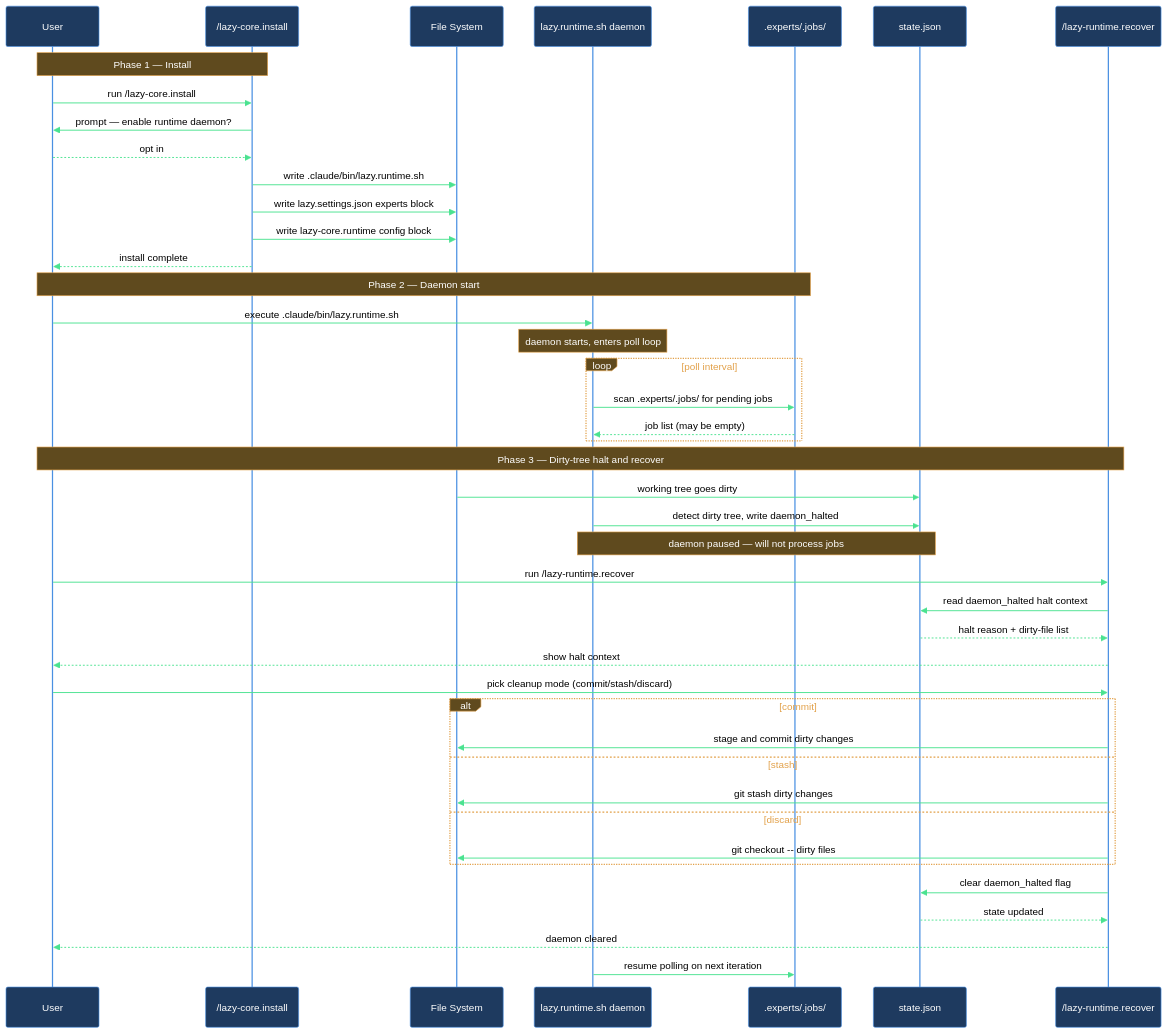
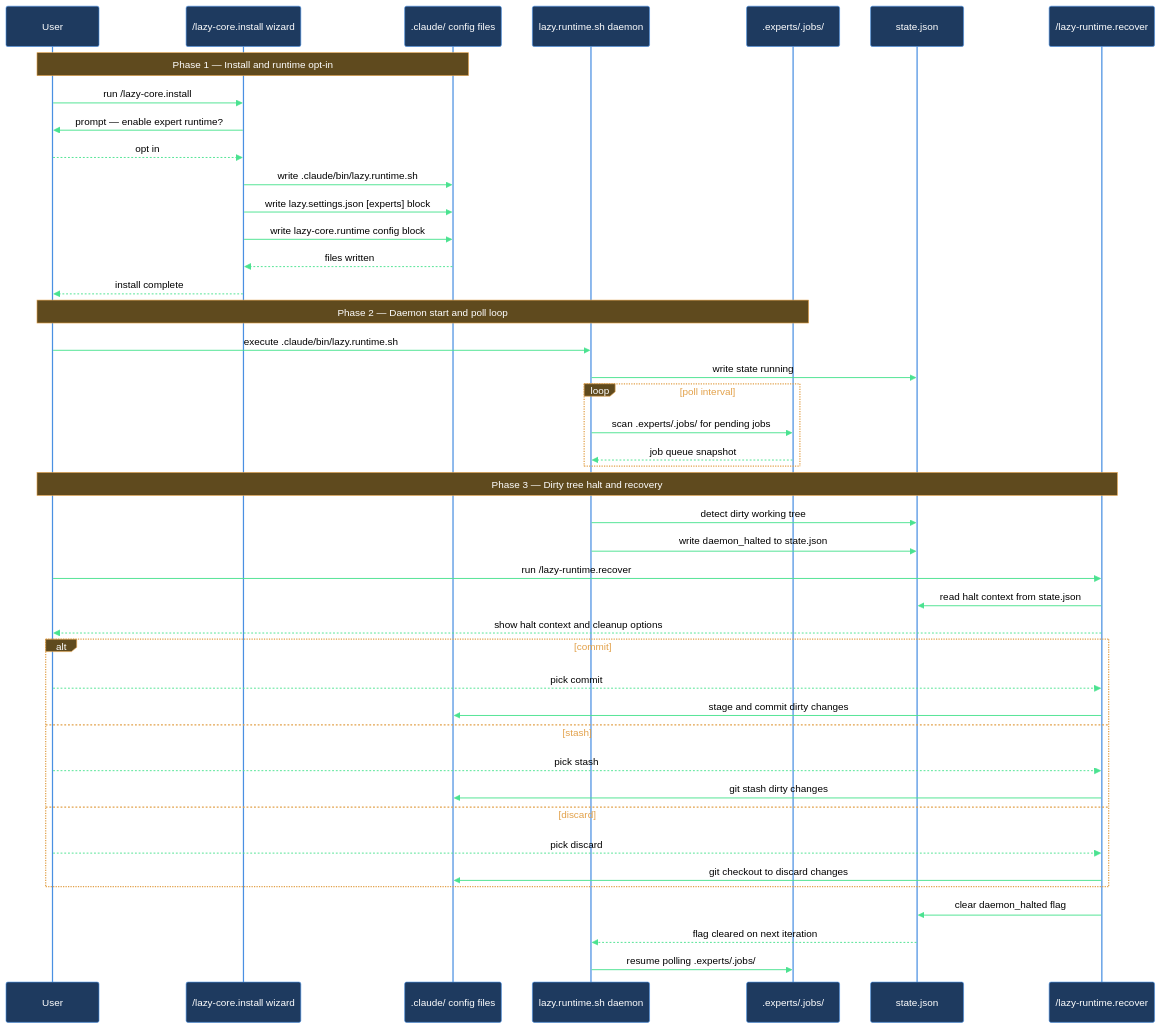
Before and after one commit to mebius-san/lazy-cortex: the diagram in claude/lazycortex-core/help/walkthroughs/setup-runtime.md, drawn with Mermaid. The commit also changed other lines of this file and 45 other files, not shown here.

````diff
--- a/claude/lazycortex-core/help/walkthroughs/setup-runtime.md
+++ b/claude/lazycortex-core/help/walkthroughs/setup-runtime.md
@@ -115,53 +113,49 @@
 ```mermaid
 %%{init: {'themeVariables':{'background':'transparent','primaryColor':'#1e3a5f','primaryBorderColor':'#4a90e2','primaryTextColor':'#fff','lineColor':'#4ae290','actorBkg':'#1e3a5f','actorBorder':'#4a90e2','actorTextColor':'#fff','actorLineColor':'#4a90e2','signalColor':'#4ae290','signalTextColor':'#000','noteBkgColor':'#5f4a1e','noteBorderColor':'#e2a14a','noteTextColor':'#fff','labelBoxBkgColor':'#5f4a1e','labelBoxBorderColor':'#e2a14a','labelTextColor':'#fff','loopTextColor':'#e2a14a'},'sequence':{'diagramPadding':5,'useMaxWidth':true}}}%%
 sequenceDiagram
   participant user as User
-  participant installSkill as /lazy-core.install
-  participant fsWrite as File System
+  participant installSkill as /lazy-core.install wizard
+  participant fsConfig as .claude/ config files
   participant daemon as lazy.runtime.sh daemon
   participant jobsDir as .experts/.jobs/
   participant stateFile as state.json
   participant recoverSkill as /lazy-runtime.recover
 
-  Note over user,installSkill: Phase 1 — Install
-
+  Note over user,fsConfig: Phase 1 — Install and runtime opt-in
   user->>installSkill: run /lazy-core.install
-  installSkill->>user: prompt — enable runtime daemon?
+  installSkill->>user: prompt — enable expert runtime?
   user-->>installSkill: opt in
-  installSkill->>fsWrite: write .claude/bin/lazy.runtime.sh
-  installSkill->>fsWrite: write lazy.settings.json experts block
-  installSkill->>fsWrite: write lazy-core.runtime config block
+  installSkill->>fsConfig: write .claude/bin/lazy.runtime.sh
+  installSkill->>fsConfig: write lazy.settings.json [experts] block
+  installSkill->>fsConfig: write lazy-core.runtime config block
+  fsConfig-->>installSkill: files written
   installSkill-->>user: install complete
 
-  Note over user,jobsDir: Phase 2 — Daemon start
-
+  Note over user,jobsDir: Phase 2 — Daemon start and poll loop
   user->>daemon: execute .claude/bin/lazy.runtime.sh
-  Note over daemon: daemon starts, enters poll loop
+  daemon->>stateFile: write state running
   loop poll interval
     daemon->>jobsDir: scan .experts/.jobs/ for pending jobs
-    jobsDir-->>daemon: job list (may be empty)
+    jobsDir-->>daemon: job queue snapshot
   end
 
-  Note over user,recoverSkill: Phase 3 — Dirty-tree halt and recover
-
-  fsWrite->>stateFile: working tree goes dirty
-  daemon->>stateFile: detect dirty tree, write daemon_halted
-  Note over daemon,stateFile: daemon paused — will not process jobs
-
+  Note over user,recoverSkill: Phase 3 — Dirty tree halt and recovery
+  daemon->>stateFile: detect dirty working tree
+  daemon->>stateFile: write daemon_halted to state.json
   user->>recoverSkill: run /lazy-runtime.recover
-  recoverSkill->>stateFile: read daemon_halted halt context
-  stateFile-->>recoverSkill: halt reason + dirty-file list
-  recoverSkill-->>user: show halt context
-  user->>recoverSkill: pick cleanup mode (commit/stash/discard)
+  recoverSkill->>stateFile: read halt context from state.json
+  recoverSkill-->>user: show halt context and cleanup options
   alt commit
-    recoverSkill->>fsWrite: stage and commit dirty changes
+    user-->>recoverSkill: pick commit
+    recoverSkill->>fsConfig: stage and commit dirty changes
   else stash
-    recoverSkill->>fsWrite: git stash dirty changes
+    user-->>recoverSkill: pick stash
+    recoverSkill->>fsConfig: git stash dirty changes
   else discard
-    recoverSkill->>fsWrite: git checkout -- dirty files
+    user-->>recoverSkill: pick discard
+    recoverSkill->>fsConfig: git checkout to discard changes
   end
   recoverSkill->>stateFile: clear daemon_halted flag
-  stateFile-->>recoverSkill: state updated
-  recoverSkill-->>user: daemon cleared
-  daemon->>jobsDir: resume polling on next iteration
+  stateFile-->>daemon: flag cleared on next iteration
+  daemon->>jobsDir: resume polling .experts/.jobs/
 ```
````
